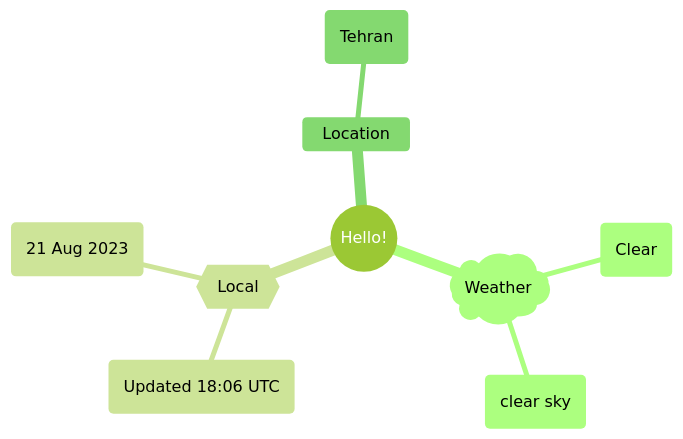
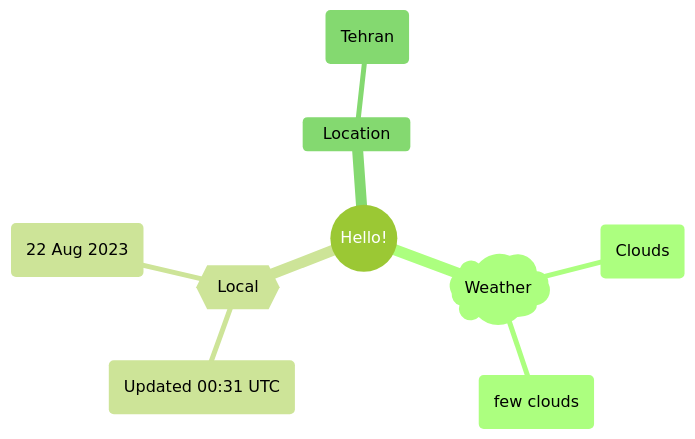
One commit to Xosrov/Xosrov changed the first of 2 diagrams in README.md. Above: the diagram before and after it, drawn with Mermaid (forest theme).

Commit message:
[bot] updated images

````diff
--- a/README.md
+++ b/README.md
@@ -3,12 +3,12 @@
 ```mermaid
 mindmap
   root((Hello!))
     )Weather(
-        (Clear)
-        (clear sky)
+        (Clouds)
+        (few clouds)
     {{Local}}
-        (Updated 18:06 UTC)
-        (21 Aug 2023)
+        (Updated 00:31 UTC)
+        (22 Aug 2023)
     Location
         (Tehran)
 ```
````
